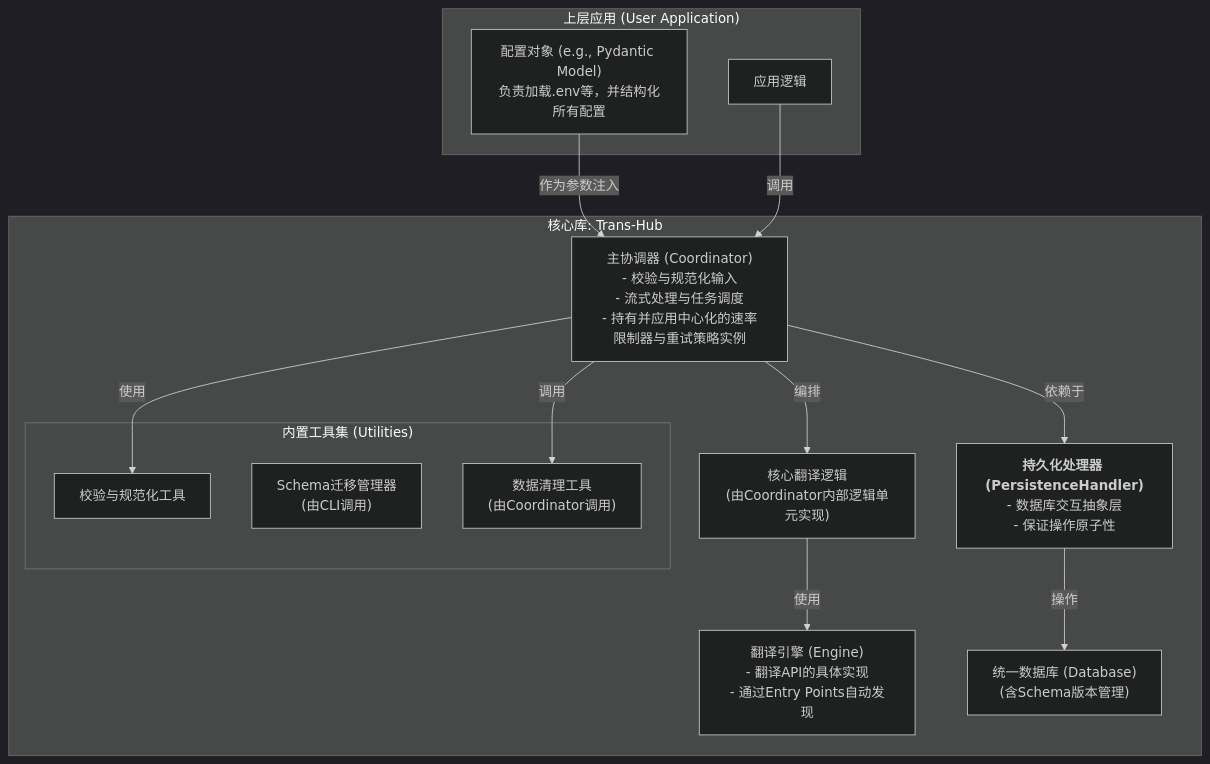
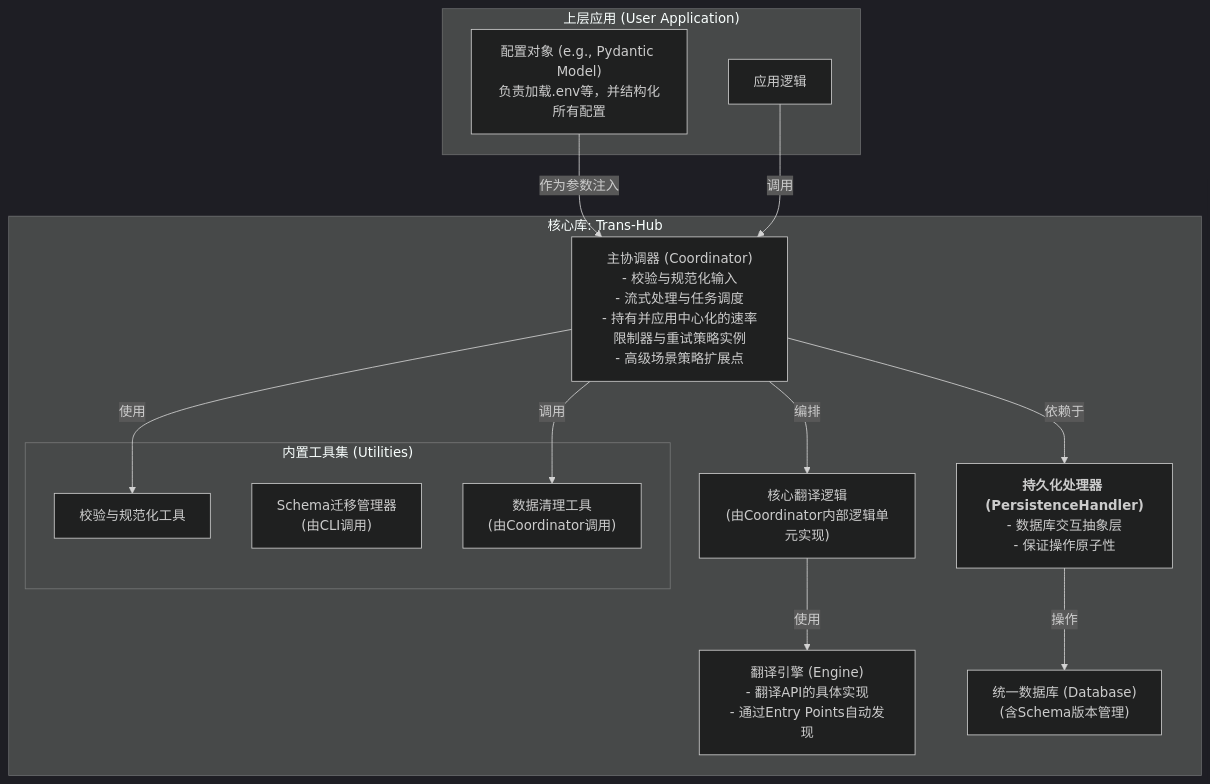
The first of 2 diagrams in docs/trans-hub-core-design.md (SakenW/Trans-Hub), drawn with Mermaid (dark theme) before and after one commit. The commit also changed other lines of this file and 2 other files, not shown here.

````diff
--- a/docs/trans-hub-core-design.md
+++ b/docs/trans-hub-core-design.md
@@ -50,30 +48,30 @@
 ```mermaid
 graph TD
     subgraph "上层应用 (User Application)"
         A["应用逻辑"]
         G["配置对象 (e.g., Pydantic Model)\n负责加载.env等，并结构化所有配置"]
     end
 
     subgraph "核心库: Trans-Hub"
-        B["主协调器 (Coordinator)\n- 校验与规范化输入\n- 流式处理与任务调度\n- 持有并应用中心化的速率限制器与重试策略实例"]
+        B["主协调器 (Coordinator)\n- 校验与规范化输入\n- 流式处理与任务调度\n- 持有并应用中心化的速率限制器与重试策略实例\n- 高级场景策略扩展点"]
         C["核心翻译逻辑\n(由Coordinator内部逻辑单元实现)"]
         D["<b>持久化处理器 (PersistenceHandler)</b>\n- 数据库交互抽象层\n- 保证操作原子性"]
         E["翻译引擎 (Engine)\n- 翻译API的具体实现\n- 通过Entry Points自动发现"]
         F["统一数据库 (Database)\n(含Schema版本管理)"]
         
         subgraph "内置工具集 (Utilities)"
             U1[校验与规范化工具]
             U2["Schema迁移管理器\n(由CLI调用)"]
             U3["数据清理工具\n(由Coordinator调用)"]
         end
     end
     
     G -- "作为参数注入" --> B
     A -- "调用" --> B
     B -- "使用" --> U1
     B -- "调用" --> U3
     B -- "依赖于" --> D
     B -- "编排" --> C
     C -- "使用" --> E
     D -- "操作" --> F
 ```
````
